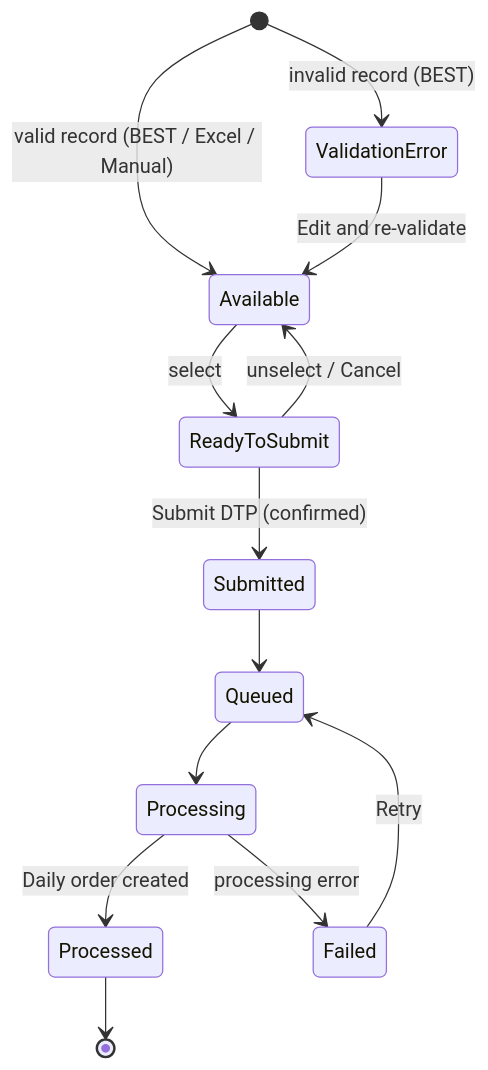
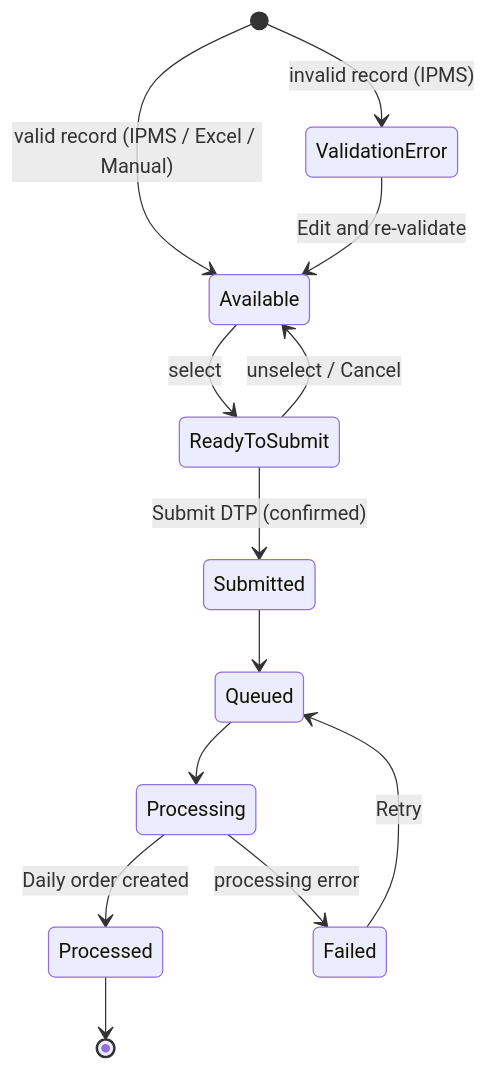
The diagram in docs/dtp-creation-rules.md (santo-san/tc-pbr), drawn with Mermaid before and after one commit. The commit also changed other lines of this file and 6 other files, not shown here.

First line of the commit message:
Planning Order: DTP interface source is IPMS (not BEST); UISS DTP Creation rev 0.4, DTP Excel Upload rev 0.2

````diff
--- a/docs/dtp-creation-rules.md
+++ b/docs/dtp-creation-rules.md
@@ -121,15 +121,15 @@
 ```mermaid
 stateDiagram-v2
-  [*] --> Available : valid record (BEST / Excel / Manual)
-  [*] --> ValidationError : invalid record (BEST)
+  [*] --> Available : valid record (IPMS / Excel / Manual)
+  [*] --> ValidationError : invalid record (IPMS)
   ValidationError --> Available : Edit and re-validate
   Available --> ReadyToSubmit : select
   ReadyToSubmit --> Available : unselect / Cancel
   ReadyToSubmit --> Submitted : Submit DTP (confirmed)
   Submitted --> Queued
   Queued --> Processing
   Processing --> Processed : Daily order created
   Processing --> Failed : processing error
   Failed --> Queued : Retry
   Processed --> [*]
 ```
````
